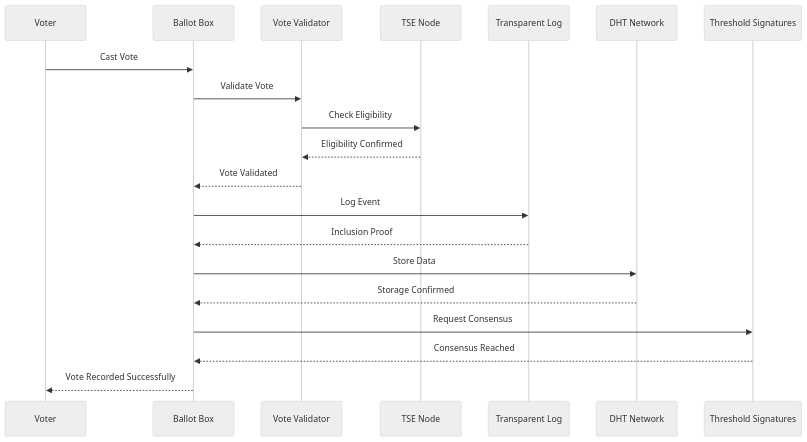
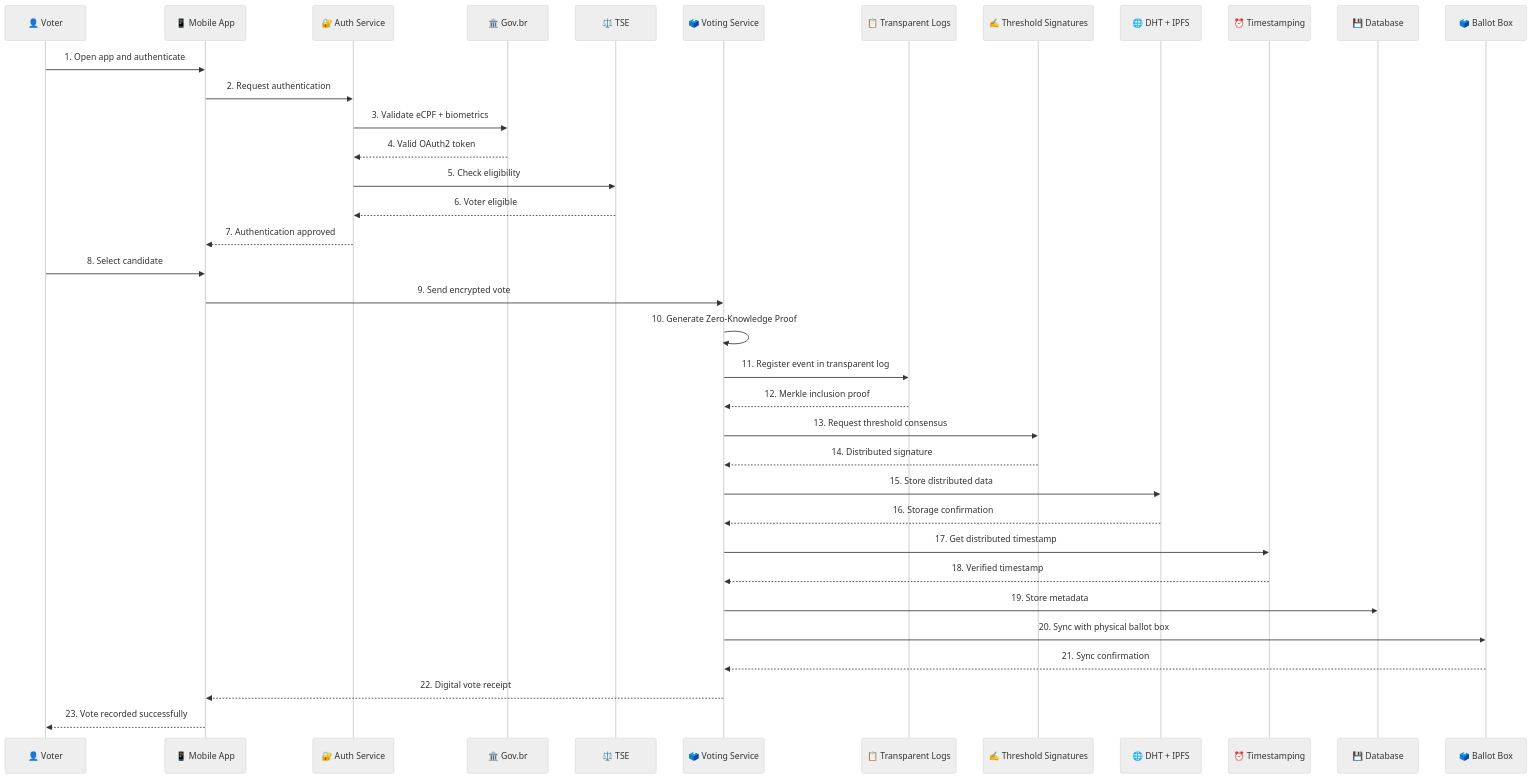
One commit to wendelmax/FORTIS changed the second of 2 diagrams in artigo/FORTIS_3.0_Transparent_Computing_Architecture.md. Above: the diagram before and after it, drawn with Mermaid (neutral theme). The commit also changed other lines of this file, not shown here.

````diff
--- a/artigo/FORTIS_3.0_Transparent_Computing_Architecture.md
+++ b/artigo/FORTIS_3.0_Transparent_Computing_Architecture.md
@@ -108,27 +243,40 @@
 ```mermaid
 sequenceDiagram
-    participant V as Voter
-    participant BB as Ballot Box
-    participant VL as Vote Validator
-    participant TSE as TSE Node
-    participant TL as Transparent Log
-    participant DHT as DHT Network
-    participant TS as Threshold Signatures
+    participant E as 👤 Voter
+    participant MA as 📱 Mobile App
+    participant AUTH as 🔐 Auth Service
+    participant GOV as 🏛️ Gov.br
+    participant TSE as ⚖️ TSE
+    participant VOTE as 🗳️ Voting Service
+    participant TL as 📋 Transparent Logs
+    participant TS as ✍️ Threshold Signatures
+    participant DHT as 🌐 DHT + IPFS
+    participant DT as ⏰ Timestamping
+    participant DB as 💾 Database
+    participant URNA as 🗳️ Ballot Box
 
-    V->>BB: Cast Vote
-    BB->>VL: Validate Vote
-    VL->>TSE: Check Eligibility
-    TSE-->>VL: Eligibility Confirmed
-    VL-->>BB: Vote Validated
+    E->>MA: 1. Open app and authenticate
+    MA->>AUTH: 2. Request authentication
+    AUTH->>GOV: 3. Validate eCPF + biometrics
+    GOV-->>AUTH: 4. Valid OAuth2 token
+    AUTH->>TSE: 5. Check eligibility
+    TSE-->>AUTH: 6. Voter eligible
+    AUTH-->>MA: 7. Authentication approved
     
-    BB->>TL: Log Event
-    TL-->>BB: Inclusion Proof
-    
-    BB->>DHT: Store Data
-    DHT-->>BB: Storage Confirmed
-    
-    BB->>TS: Request Consensus
-    TS-->>BB: Consensus Reached
-    
-    BB-->>V: Vote Recorded Successfully
+    E->>MA: 8. Select candidate
+    MA->>VOTE: 9. Send encrypted vote
+    VOTE->>VOTE: 10. Generate Zero-Knowledge Proof
+    VOTE->>TL: 11. Register event in transparent log
+    TL-->>VOTE: 12. Merkle inclusion proof
+    VOTE->>TS: 13. Request threshold consensus
+    TS-->>VOTE: 14. Distributed signature
+    VOTE->>DHT: 15. Store distributed data
+    DHT-->>VOTE: 16. Storage confirmation
+    VOTE->>DT: 17. Get distributed timestamp
+    DT-->>VOTE: 18. Verified timestamp
+    VOTE->>DB: 19. Store metadata
+    VOTE->>URNA: 20. Sync with physical ballot box
+    URNA-->>VOTE: 21. Sync confirmation
+    VOTE-->>MA: 22. Digital vote receipt
+    MA-->>E: 23. Vote recorded successfully
 ```
````
